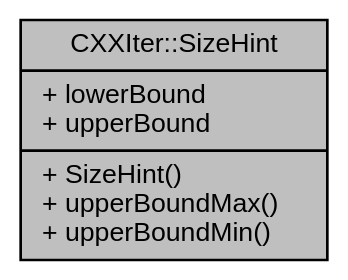
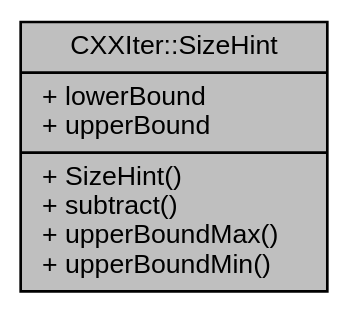
One commit to seijikun/CXXIter changed the diagram in structCXXIter_1_1SizeHint__coll__graph.dot. Above: the diagram before and after it, drawn with Graphviz. The commit also changed 39 other files, not shown here.

```diff
--- a/structCXXIter_1_1SizeHint__coll__graph.dot
+++ b/structCXXIter_1_1SizeHint__coll__graph.dot
@@ -1,9 +1,9 @@
 digraph "CXXIter::SizeHint"
 {
  // INTERACTIVE_SVG=YES
  // LATEX_PDF_SIZE
   bgcolor="transparent";
   edge [fontname="Helvetica",fontsize="10",labelfontname="Helvetica",labelfontsize="10"];
   node [fontname="Helvetica",fontsize="10",shape=record];
-  Node1 [label="{CXXIter::SizeHint\n|+ lowerBound\l+ upperBound\l|+ SizeHint()\l+ upperBoundMax()\l+ upperBoundMin()\l}",height=0.2,width=0.4,color="black", fillcolor="grey75", style="filled", fontcolor="black",tooltip=" "];
+  Node1 [label="{CXXIter::SizeHint\n|+ lowerBound\l+ upperBound\l|+ SizeHint()\l+ subtract()\l+ upperBoundMax()\l+ upperBoundMin()\l}",height=0.2,width=0.4,color="black", fillcolor="grey75", style="filled", fontcolor="black",tooltip=" "];
 }
```
